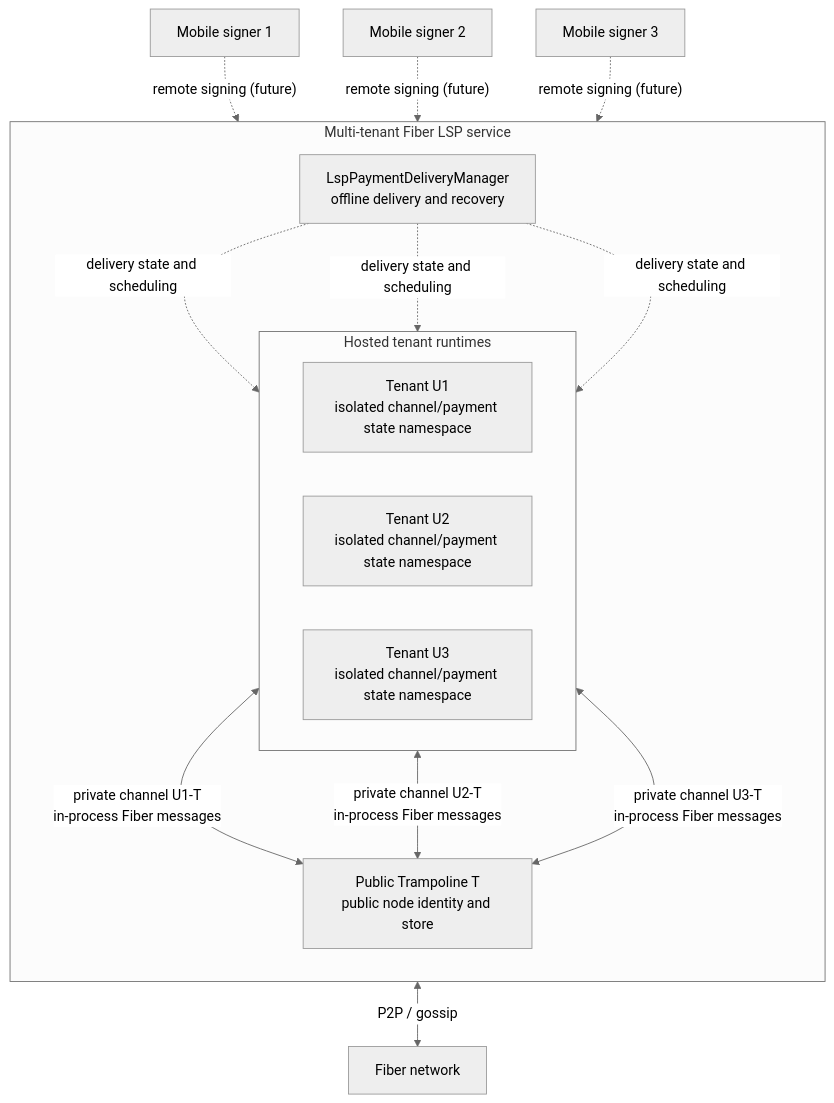
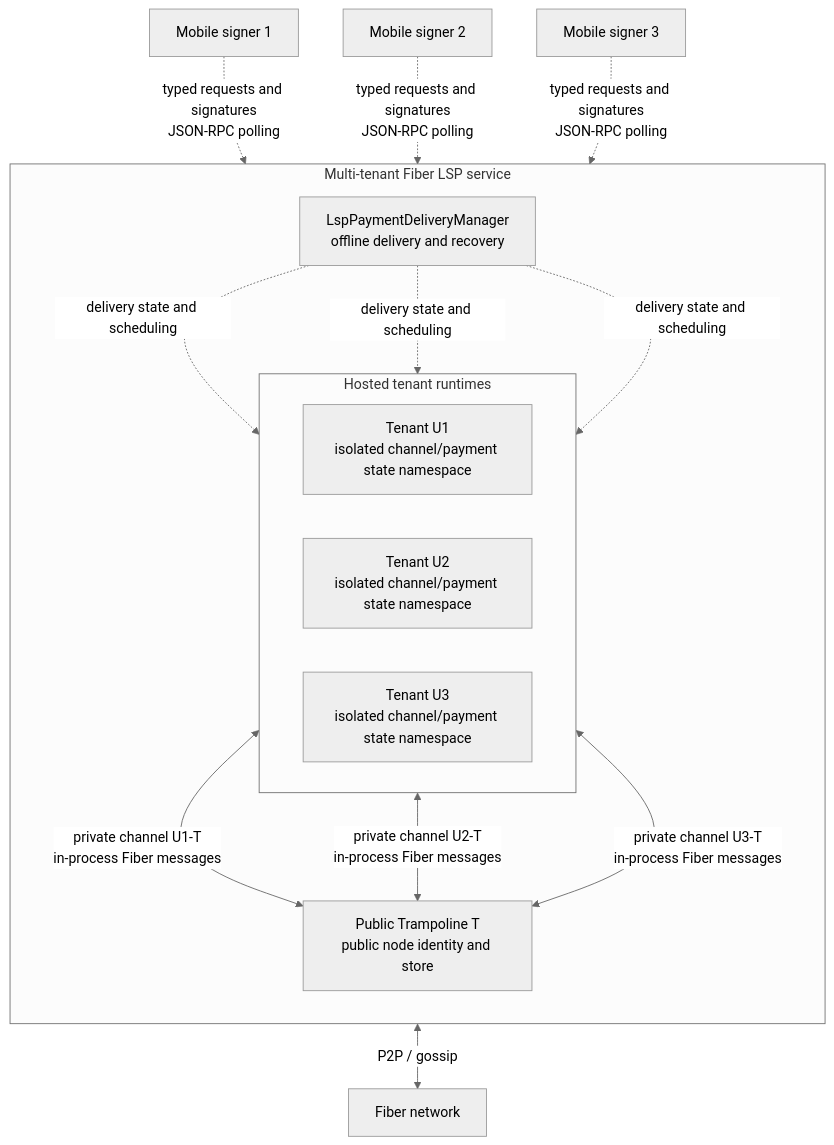
One commit to nervosnetwork/fiber changed the diagram in docs/notes/hosted-lsp.md. Above: the diagram before and after it, drawn with Mermaid (neutral theme). The commit also changed other lines of this file and 21 other files, not shown here.

````diff
--- a/docs/notes/hosted-lsp.md
+++ b/docs/notes/hosted-lsp.md
@@ -34,29 +34,29 @@
 ```mermaid
 flowchart TB
-    S1["Mobile signer 1"] -. "remote signing (future)" .-> U1
-    S2["Mobile signer 2"] -. "remote signing (future)" .-> U2
-    S3["Mobile signer 3"] -. "remote signing (future)" .-> U3
+    S1["Mobile signer 1"] -. "typed requests and signatures<br/>JSON-RPC polling" .-> U1
+    S2["Mobile signer 2"] -. "typed requests and signatures<br/>JSON-RPC polling" .-> U2
+    S3["Mobile signer 3"] -. "typed requests and signatures<br/>JSON-RPC polling" .-> U3
 
     subgraph LSP["Multi-tenant Fiber LSP service"]
         direction TB
         D["LspPaymentDeliveryManager<br/>offline delivery and recovery"]
 
         subgraph R["Hosted tenant runtimes"]
             direction LR
             U1["Tenant U1<br/>isolated channel/payment state namespace"]
             U2["Tenant U2<br/>isolated channel/payment state namespace"]
             U3["Tenant U3<br/>isolated channel/payment state namespace"]
         end
 
         T["Public Trampoline T<br/>public node identity and store"]
 
         D -. "delivery state and scheduling" .-> U1
         D -. "delivery state and scheduling" .-> U2
         D -. "delivery state and scheduling" .-> U3
         U1 <-->|"private channel U1-T<br/>in-process Fiber messages"| T
         U2 <-->|"private channel U2-T<br/>in-process Fiber messages"| T
         U3 <-->|"private channel U3-T<br/>in-process Fiber messages"| T
     end
 
     T <-->|"P2P / gossip"| N["Fiber network"]
 ```
````
